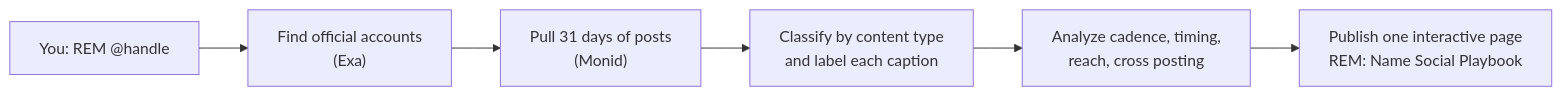
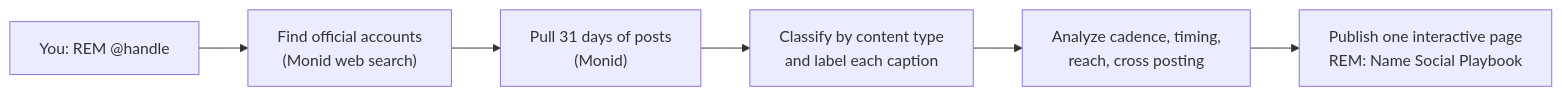
Before and after one commit to TurboGuo/rem-reverse-engineering-marketing: the diagram in README.md, drawn with Mermaid. The commit also changed other lines of this file and 2 other files, not shown here.

Commit message:
Use Monid web search to find accounts, drop Exa

````diff
--- a/README.md
+++ b/README.md
@@ -69,8 +66,8 @@
 ```mermaid
 flowchart LR
-    A["You: REM @handle"] --> B["Find official accounts<br/>(Exa)"]
+    A["You: REM @handle"] --> B["Find official accounts<br/>(Monid web search)"]
     B --> C["Pull 31 days of posts<br/>(Monid)"]
     C --> D["Classify by content type<br/>and label each caption"]
     D --> E["Analyze cadence, timing,<br/>reach, cross posting"]
     E --> F["Publish one interactive page<br/>REM: Name Social Playbook"]
 ```
````
